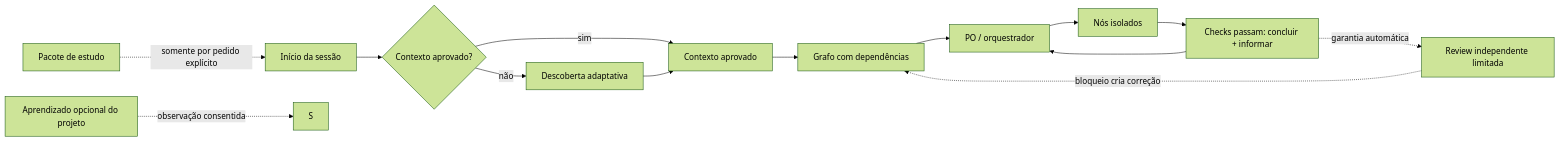
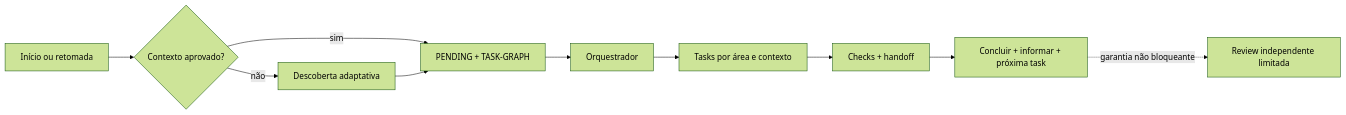
One commit to Eduardo-Salvador/Agent-Harness-Kit changed the diagram in README.pt-BR.md. Above: the diagram before and after it, drawn with Mermaid (forest theme). The commit also changed other lines of this file and 1 other file, not shown here.

````diff
--- a/README.pt-BR.md
+++ b/README.pt-BR.md
@@ -113,15 +76,12 @@
 ```mermaid
 flowchart LR
-    H[Início da sessão] --> I{Contexto aprovado?}
-    I -- não --> D[Descoberta adaptativa]
-    I -- sim --> A[Contexto aprovado]
-    D --> A --> G[Grafo com dependências]
-    G --> O[PO / orquestrador]
-    O --> W[Nós isolados]
-    W --> X[Checks passam: concluir + informar]
-    X --> O
-    X -. garantia automática .-> V[Review independente limitada]
-    V -. bloqueio cria correção .-> G
-    L[Aprendizado opcional do projeto] -. observação consentida .-> S
-    P[Pacote de estudo] -. somente por pedido explícito .-> H
+    S[Início ou retomada] --> C{Contexto aprovado?}
+    C -- não --> D[Descoberta adaptativa]
+    C -- sim --> P[PENDING + TASK-GRAPH]
+    D --> P
+    P --> O[Orquestrador]
+    O --> T[Tasks por área e contexto]
+    T --> H[Checks + handoff]
+    H --> X[Concluir + informar + próxima task]
+    X -. garantia não bloqueante .-> R[Review independente limitada]
 ```
````
